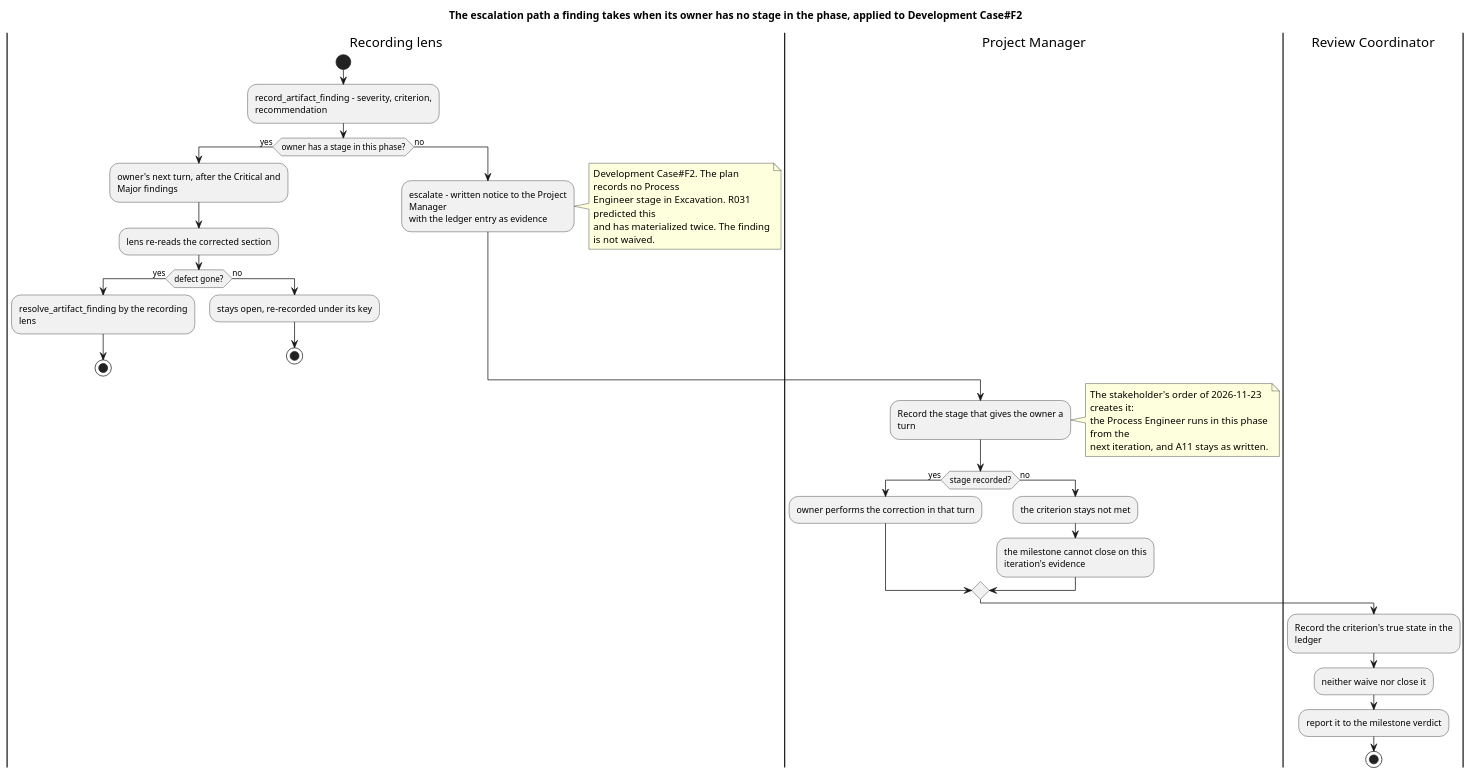
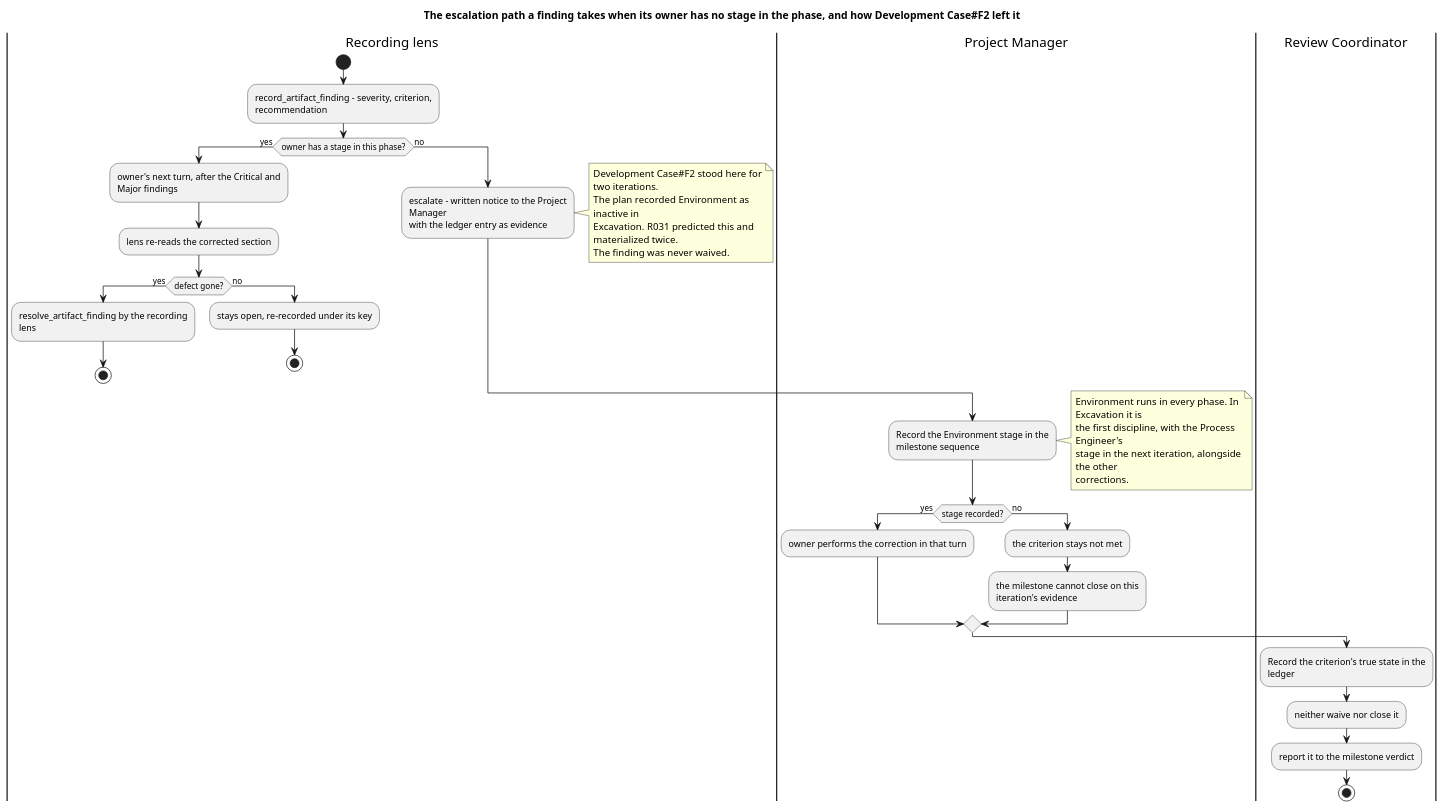
The eighth of 11 diagrams in docs/artifacts/project-management/review-record.md (banense-test/TodoApp), drawn with PlantUML before and after one commit. The commit also changed other lines of this file, not shown here.

First line of the commit message:
Review Coordinator [Excavation2]: upsert Review Record

````diff
--- a/docs/artifacts/project-management/review-record.md
+++ b/docs/artifacts/project-management/review-record.md
@@ -832,52 +833,54 @@
 ```plantuml
 @startuml
-title The escalation path a finding takes when its owner has no stage in the phase, applied to Development Case#F2
+title The escalation path a finding takes when its owner has no stage in the phase, and how Development Case#F2 left it
 
 skinparam shadowing false
 skinparam wrapWidth 245
 
 |Recording lens|
 start
 :record_artifact_finding - severity, criterion, recommendation;
 if (owner has a stage in this phase?) then (yes)
   :owner's next turn, after the Critical and Major findings;
   :lens re-reads the corrected section;
   if (defect gone?) then (yes)
     :resolve_artifact_finding by the recording lens;
     stop
   else (no)
     :stays open, re-recorded under its key;
     stop
   endif
 else (no)
   :escalate - written notice to the Project Manager
   with the ledger entry as evidence;
   note right
-    Development Case#F2. The plan records no Process
-    Engineer stage in Excavation. R031 predicted this
-    and has materialized twice. The finding is not waived.
+    Development Case#F2 stood here for two iterations.
+    The plan recorded Environment as inactive in
+    Excavation. R031 predicted this and materialized twice.
+    The finding was never waived.
   end note
 endif
 
 |Project Manager|
-:Record the stage that gives the owner a turn;
+:Record the Environment stage in the milestone sequence;
 note right
-  The stakeholder's order of 2026-11-23 creates it:
-  the Process Engineer runs in this phase from the
-  next iteration, and A11 stays as written.
+  Environment runs in every phase. In Excavation it is
+  the first discipline, with the Process Engineer's
+  stage in the next iteration, alongside the other
+  corrections.
 end note
 if (stage recorded?) then (yes)
   :owner performs the correction in that turn;
 else (no)
   :the criterion stays not met;
   :the milestone cannot close on this iteration's evidence;
 endif
 
 |Review Coordinator|
 :Record the criterion's true state in the ledger;
 :neither waive nor close it;
 :report it to the milestone verdict;
 stop
 
 @enduml
 ```
````
